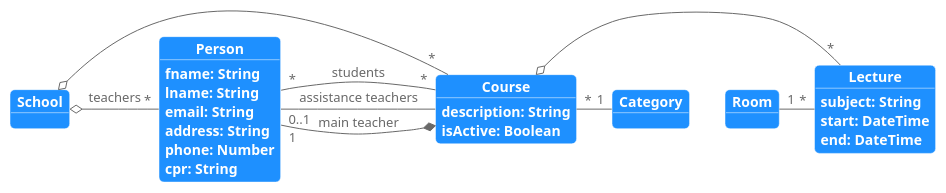
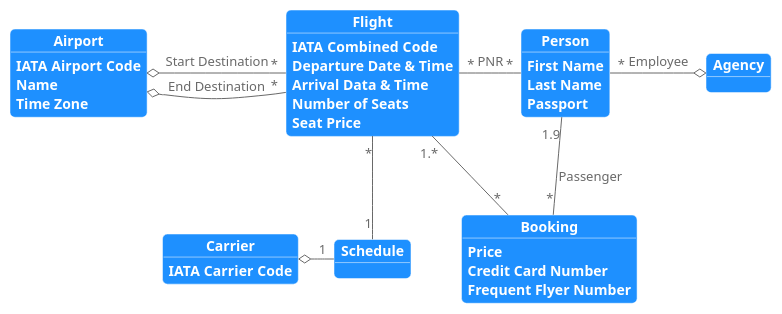
The diagram in diagrams/diagrams.puml (TEAM-B-SOFT2020/LSDMaster), drawn with PlantUML before and after one commit. The commit also changed 3 other files, not shown here.

Commit message:
diagram done

```diff
--- a/diagrams/diagrams.puml
+++ b/diagrams/diagrams.puml
@@ -1,50 +1,63 @@
 @startuml "logical-data-model"
 skinparam Shadowing False
 skinparam RoundCorner 10
 skinparam DefaultFontColor DimGrey
 
 skinparam Object {
     BackgroundColor DodgerBlue
     ArrowColor DimGrey
     BorderColor White
     FontColor White
     FontStyle Bold
     AttributeFontColor White
     StereotypeFontColor White
 }
 
-Object Person {
-    fname: String
-    lname: String
-    email: String
-    address: String
-    phone: Number
-    cpr: String
+Object Flight {
+    'This is a combination of carrier code and the three digits
+    IATA Combined Code
+    Departure Date & Time
+    Arrival Data & Time
+    Number of Seats
+    Seat Price
 }
 
-Object Course {
-    description: String
-    isActive: Boolean
+Object Carrier {
+    IATA Carrier Code
 }
 
-Object Lecture {
-    subject: String
-    start: DateTime
-    end: DateTime
+Object Airport {
+    IATA Airport Code
+    Name
+    Time Zone
 }
 
-Object School
-Object Category
-Object Room
+Object Person {
+    First Name
+    Last Name
+    Passport
+}
 
-School o-"*" Person : teachers
-School o-"*" Course
+Object Booking {
+    Price
+    'if credit card is null booking is paid by Frequent Flyer Number
+    Credit Card Number
+    Frequent Flyer Number
+}
 
-Person "*"-"*" Course : students
-Person "0..1"-- Course : assistance teachers
-Person "1"-* Course : main teacher
+Object Schedule
+Object Agency 
 
-Course "*"-"1" Category
-Course o-"*" Lecture
-Room "1"-"*" Lecture
+Airport o-"*" Flight: Start Destination
+Airport o-"*" Flight: End Destination
+
+Flight "*"--"1" Schedule
+Flight "*"-"*" Person: PNR
+Carrier o-"1" Schedule
+
+Person "1.9"--"*" Booking: Passenger
+Person "*"-o Agency: Employee
+
+Booking "*"--"1.*" Flight
+
 @enduml
```
